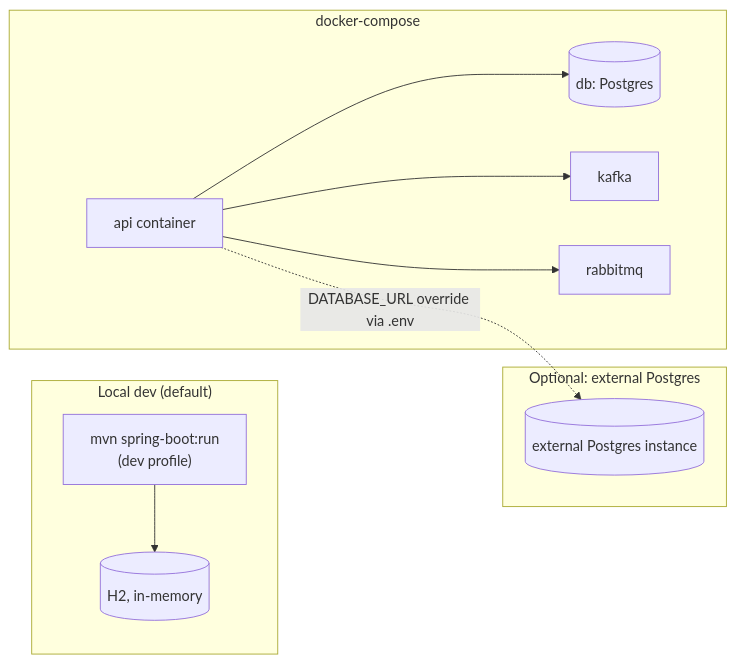
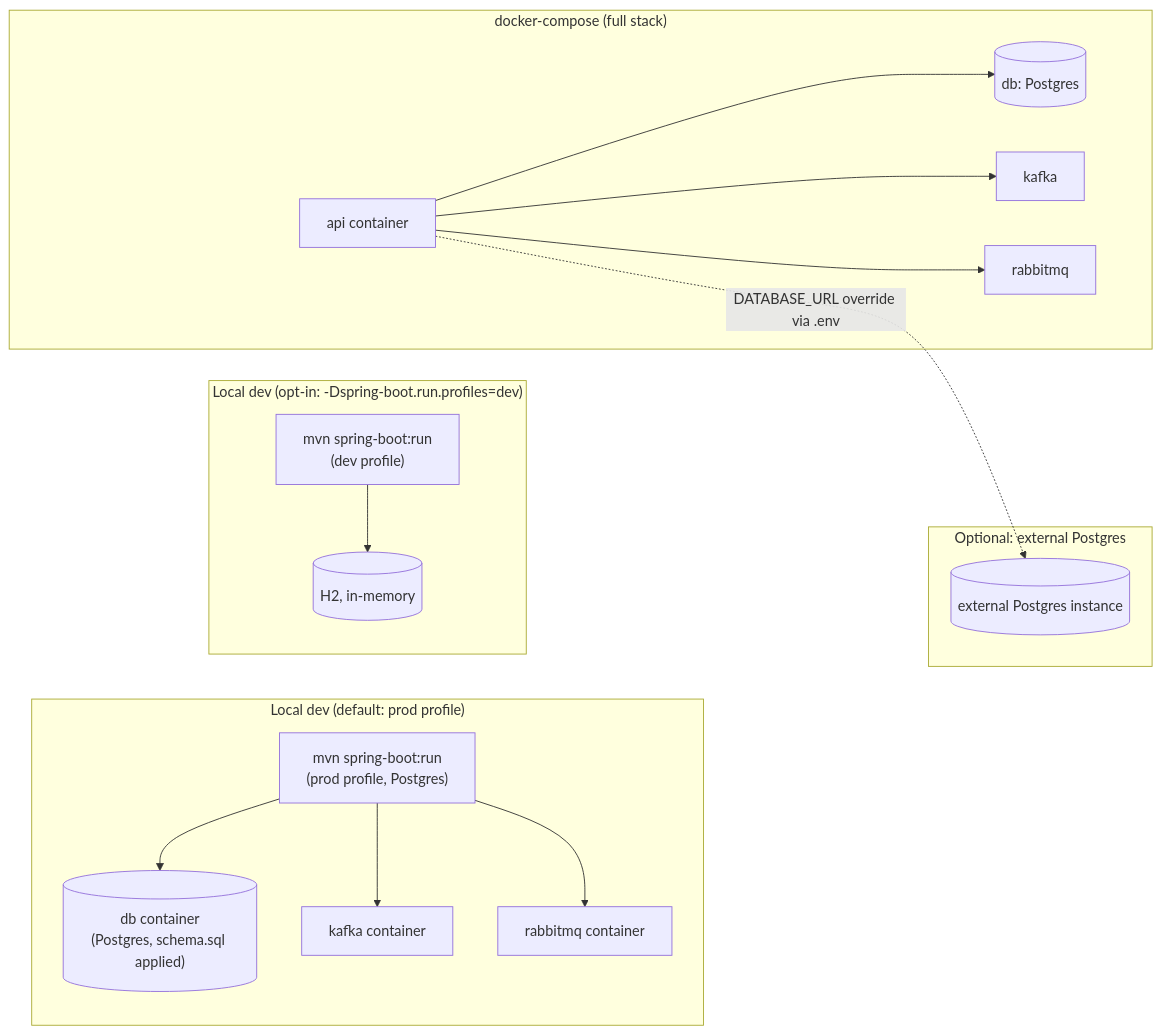
One commit to kemheng25-rgb/Spring-API-Ecommerce changed the fourth of 4 diagrams in ARCHITECTURE.md. Above: the diagram before and after it, drawn with Mermaid. The commit also changed other lines of this file and 12 other files, not shown here.

````diff
--- a/ARCHITECTURE.md
+++ b/ARCHITECTURE.md
@@ -181,16 +190,22 @@
 ```mermaid
 flowchart LR
-    subgraph "Local dev (default)"
-        AppDev["mvn spring-boot:run<br/>(dev profile)"] --> H2[(H2, in-memory)]
+    subgraph "Local dev (default: prod profile)"
+        AppDev["mvn spring-boot:run<br/>(prod profile, Postgres)"] --> DBLocal[("db container<br/>(Postgres, schema.sql applied)")]
+        AppDev --> KafkaLocal[kafka container]
+        AppDev --> RabbitLocal[rabbitmq container]
     end
 
-    subgraph "docker-compose"
+    subgraph "Local dev (opt-in: -Dspring-boot.run.profiles=dev)"
+        AppDevH2["mvn spring-boot:run<br/>(dev profile)"] --> H2[(H2, in-memory)]
+    end
+
+    subgraph "docker-compose (full stack)"
         AppC[api container] --> DBC[(db: Postgres)]
         AppC --> KafkaC[kafka]
         AppC --> RabbitC[rabbitmq]
     end
 
     subgraph "Optional: external Postgres"
         AppC -.->|"DATABASE_URL override via .env"| ExtDB[(external Postgres instance)]
     end
 ```
````
